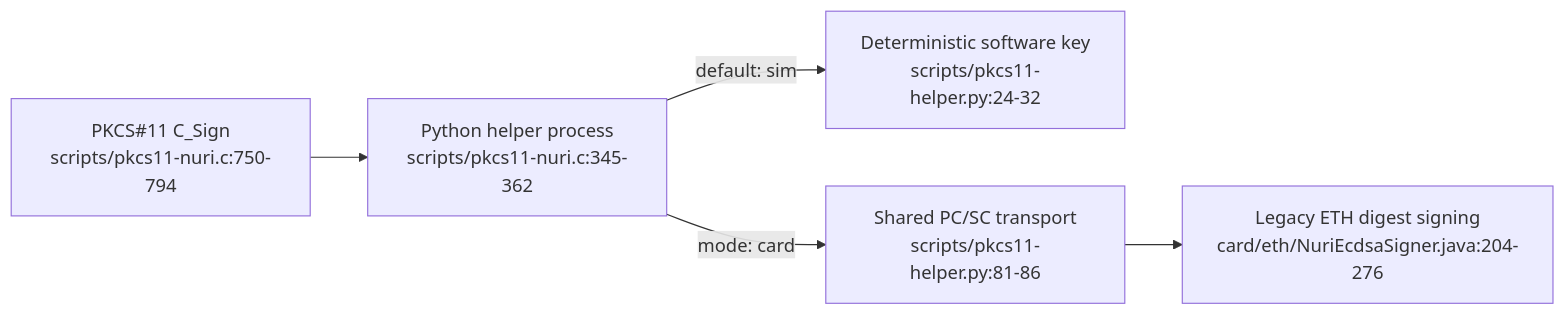
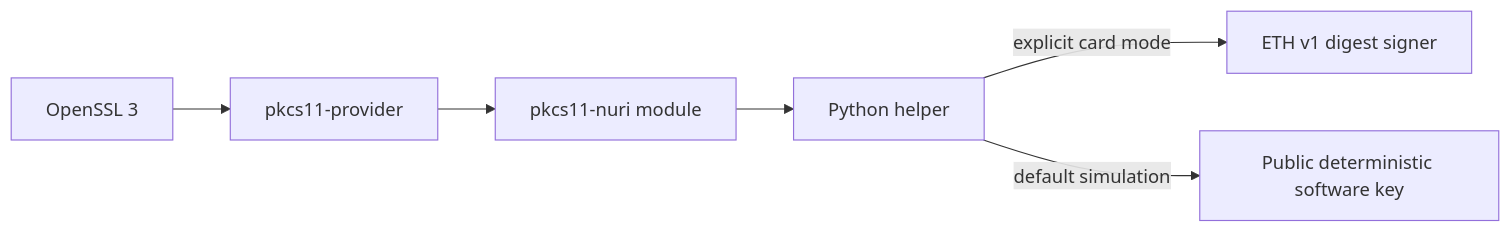
The diagram in docs/hsm.md (nuri-com/nuri-passkey-prf-smartcard), drawn with Mermaid before and after one commit. The commit also changed other lines of this file and 58 other files, not shown here.

````diff
--- a/docs/hsm.md
+++ b/docs/hsm.md
@@ -3,7 +3,8 @@
 ```mermaid
 flowchart LR
-  C["PKCS#11 C_Sign<br/>scripts/pkcs11-nuri.c:750-794"] --> H["Python helper process<br/>scripts/pkcs11-nuri.c:345-362"]
-  H -->|default: sim| S["Deterministic software key<br/>scripts/pkcs11-helper.py:24-32"]
-  H -->|mode: card| P["Shared PC/SC transport<br/>scripts/pkcs11-helper.py:81-86"]
-  P --> E["Legacy ETH digest signing<br/>card/eth/NuriEcdsaSigner.java:204-276"]
+  O[OpenSSL 3] --> P[pkcs11-provider]
+  P --> M[pkcs11-nuri module]
+  M --> H[Python helper]
+  H -->|explicit card mode| E[ETH v1 digest signer]
+  H -->|default simulation| S[Public deterministic software key]
 ```
````
